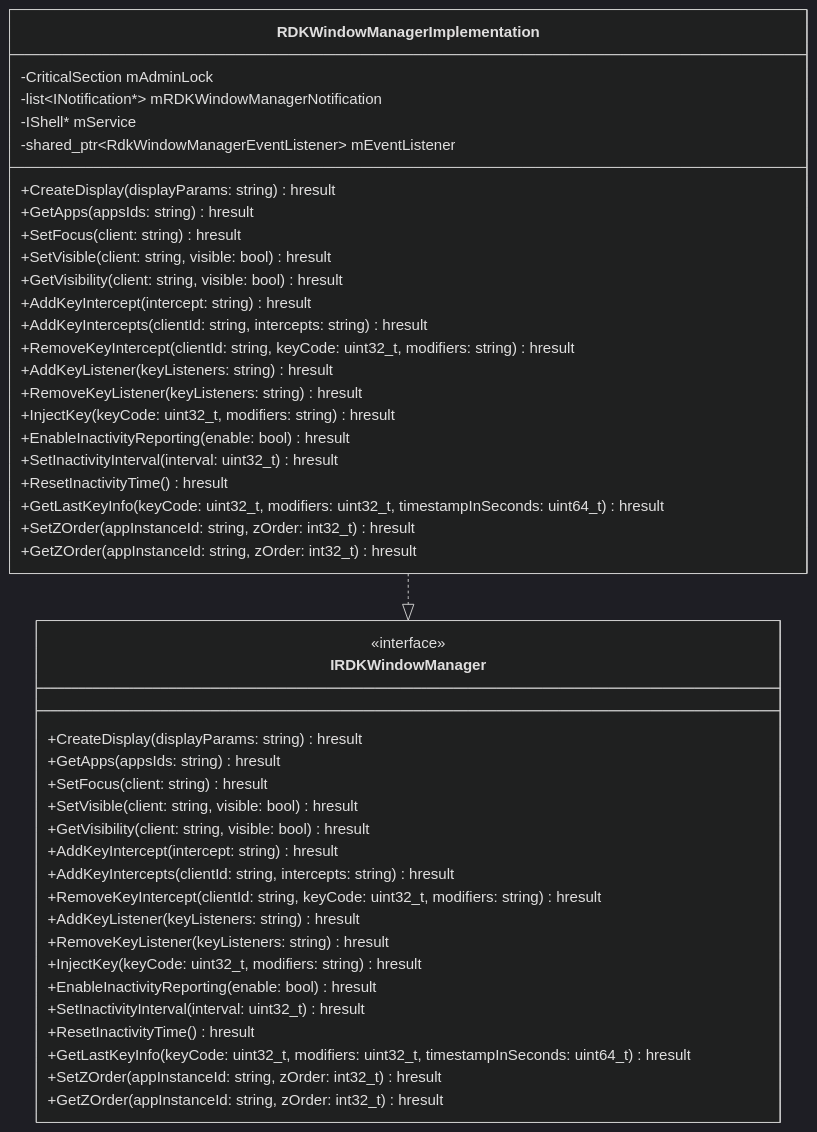
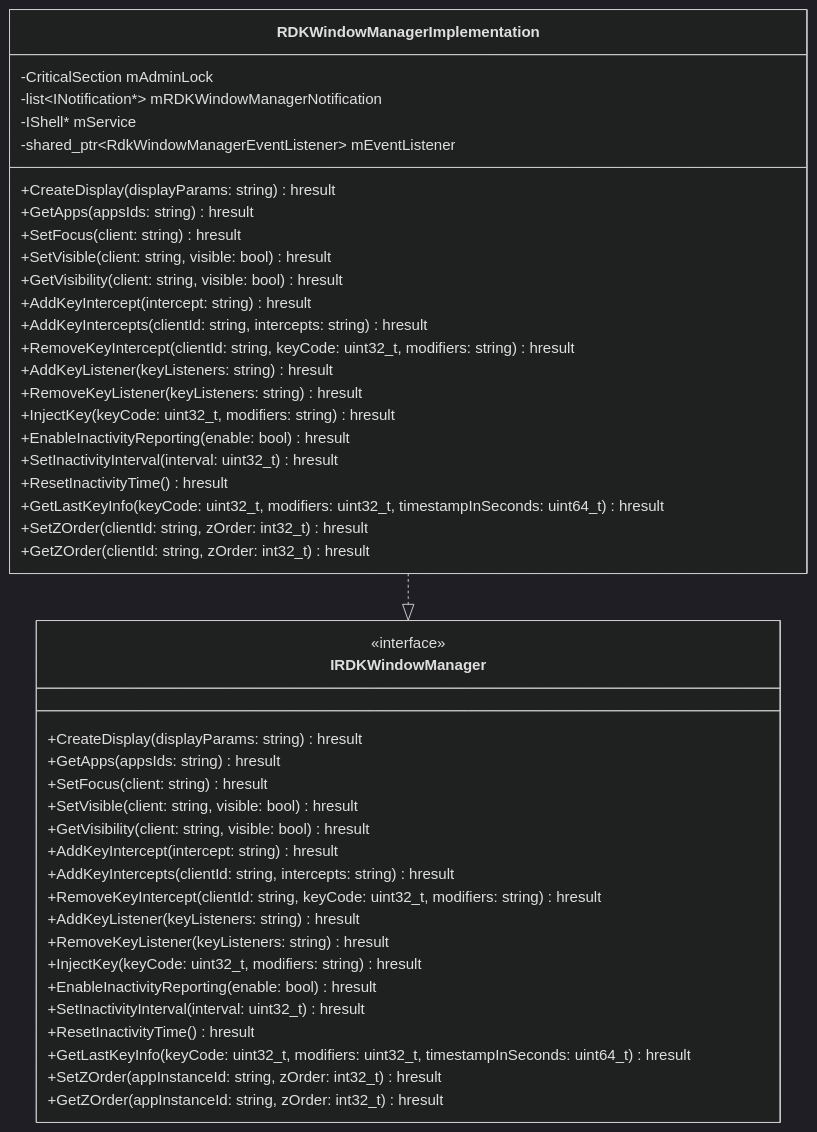
One commit to rdkcentral/entservices-appmanagers changed the second of 4 diagrams in RDKWindowManager/RDKWindowManager.md. Above: the diagram before and after it, drawn with Mermaid (dark theme). The commit also changed 2 other files, not shown here.

Commit message:
Initial changes for the RDKEMW-17032

````diff
--- a/RDKWindowManager/RDKWindowManager.md
+++ b/RDKWindowManager/RDKWindowManager.md
@@ -60,49 +60,49 @@
 ```mermaid
 classDiagram
     class RDKWindowManagerImplementation {
         -CriticalSection mAdminLock
         -list~INotification*~ mRDKWindowManagerNotification
         -IShell* mService
         -shared_ptr~RdkWindowManagerEventListener~ mEventListener
         +CreateDisplay(displayParams: string) hresult
         +GetApps(appsIds: string) hresult
         +SetFocus(client: string) hresult
         +SetVisible(client: string, visible: bool) hresult
         +GetVisibility(client: string, visible: bool) hresult
         +AddKeyIntercept(intercept: string) hresult
         +AddKeyIntercepts(clientId: string, intercepts: string) hresult
         +RemoveKeyIntercept(clientId: string, keyCode: uint32_t, modifiers: string) hresult
         +AddKeyListener(keyListeners: string) hresult
         +RemoveKeyListener(keyListeners: string) hresult
         +InjectKey(keyCode: uint32_t, modifiers: string) hresult
         +EnableInactivityReporting(enable: bool) hresult
         +SetInactivityInterval(interval: uint32_t) hresult
         +ResetInactivityTime() hresult
         +GetLastKeyInfo(keyCode: uint32_t, modifiers: uint32_t, timestampInSeconds: uint64_t) hresult
-        +SetZOrder(appInstanceId: string, zOrder: int32_t) hresult
-        +GetZOrder(appInstanceId: string, zOrder: int32_t) hresult
+        +SetZOrder(clientId: string, zOrder: int32_t) hresult
+        +GetZOrder(clientId: string, zOrder: int32_t) hresult
     }
 
     class IRDKWindowManager {
         <<interface>>
         +CreateDisplay(displayParams: string) hresult
         +GetApps(appsIds: string) hresult
         +SetFocus(client: string) hresult
         +SetVisible(client: string, visible: bool) hresult
         +GetVisibility(client: string, visible: bool) hresult
         +AddKeyIntercept(intercept: string) hresult
         +AddKeyIntercepts(clientId: string, intercepts: string) hresult
         +RemoveKeyIntercept(clientId: string, keyCode: uint32_t, modifiers: string) hresult
         +AddKeyListener(keyListeners: string) hresult
         +RemoveKeyListener(keyListeners: string) hresult
         +InjectKey(keyCode: uint32_t, modifiers: string) hresult
         +EnableInactivityReporting(enable: bool) hresult
         +SetInactivityInterval(interval: uint32_t) hresult
         +ResetInactivityTime() hresult
         +GetLastKeyInfo(keyCode: uint32_t, modifiers: uint32_t, timestampInSeconds: uint64_t) hresult
         +SetZOrder(appInstanceId: string, zOrder: int32_t) hresult
         +GetZOrder(appInstanceId: string, zOrder: int32_t) hresult
     }
 
     RDKWindowManagerImplementation ..|> IRDKWindowManager
 ```
````
